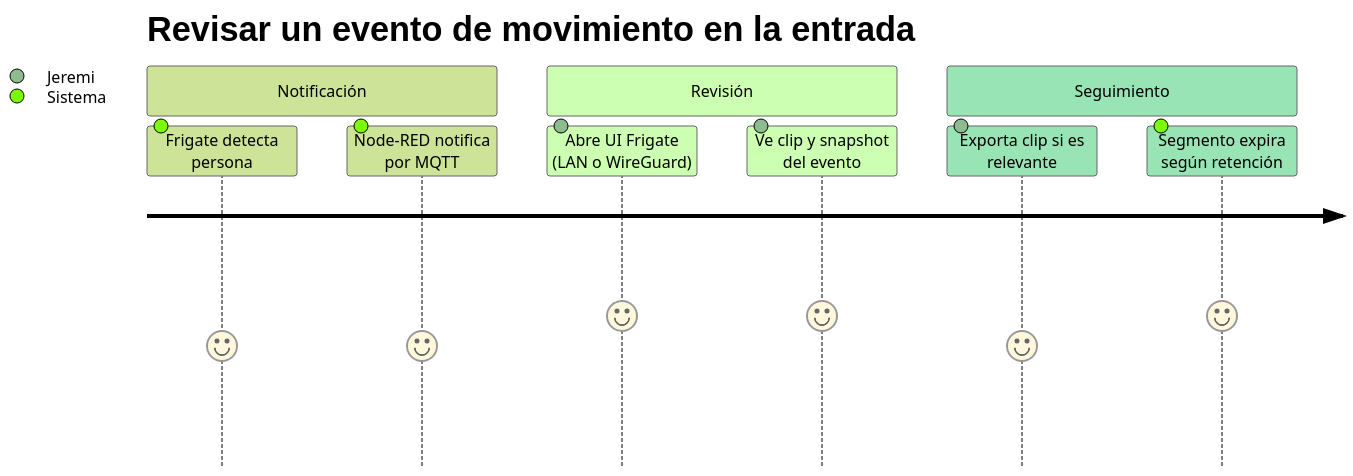
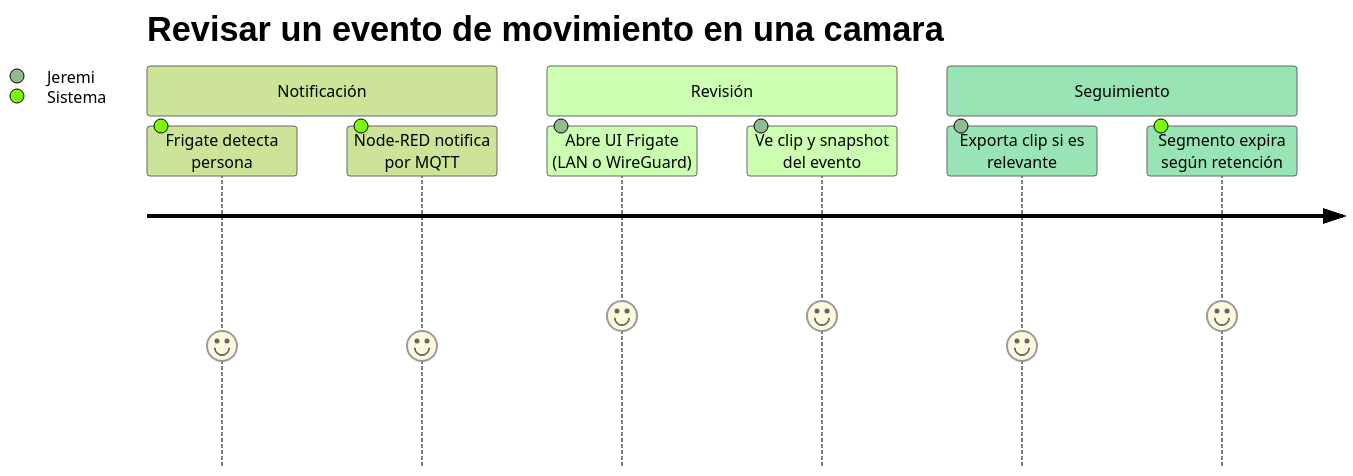
Before and after one commit to higerotech/fenrir: the second of 5 diagrams in docs/01-requirements/mvp-nvr.md, drawn with Mermaid (forest theme). The commit also changed other lines of this file and 7 other files, not shown here.

````diff
--- a/docs/01-requirements/mvp-nvr.md
+++ b/docs/01-requirements/mvp-nvr.md
@@ -58,13 +58,13 @@
 ```mermaid
 journey
-    title Revisar un evento de movimiento en la entrada
+    title Revisar un evento de movimiento en una camara
     section Notificación
       Frigate detecta persona: 4: Sistema
       Node-RED notifica por MQTT: 4: Sistema
     section Revisión
       Abre UI Frigate (LAN o WireGuard): 5: Jeremi
       Ve clip y snapshot del evento: 5: Jeremi
     section Seguimiento
       Exporta clip si es relevante: 4: Jeremi
       Segmento expira según retención: 5: Sistema
 ```
````
